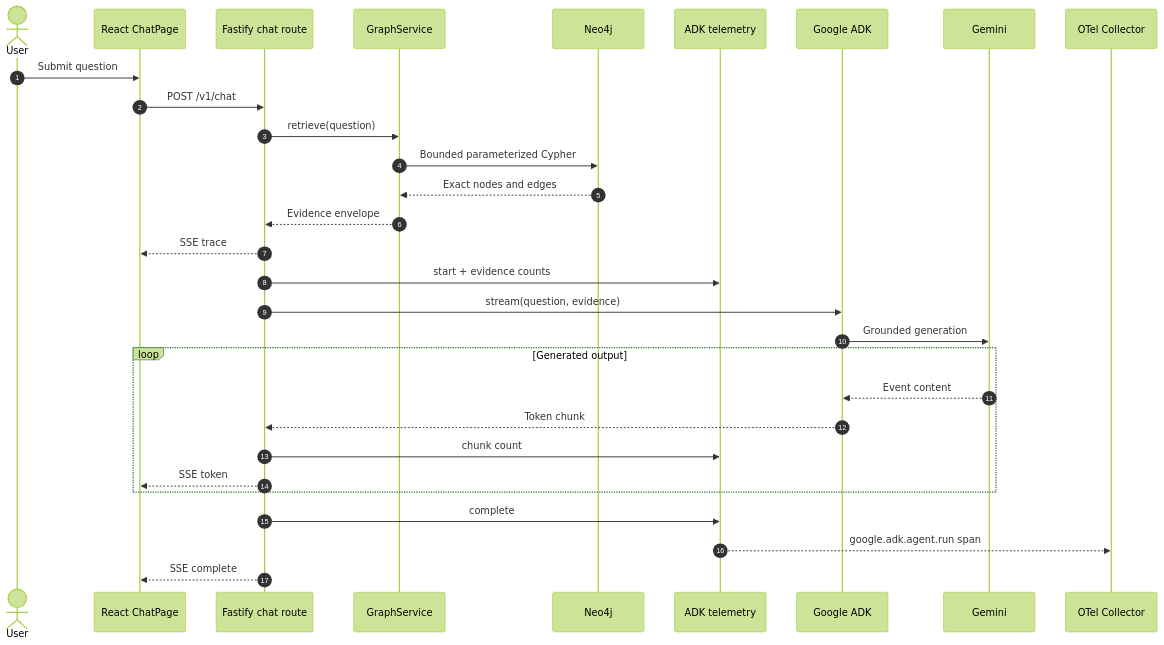
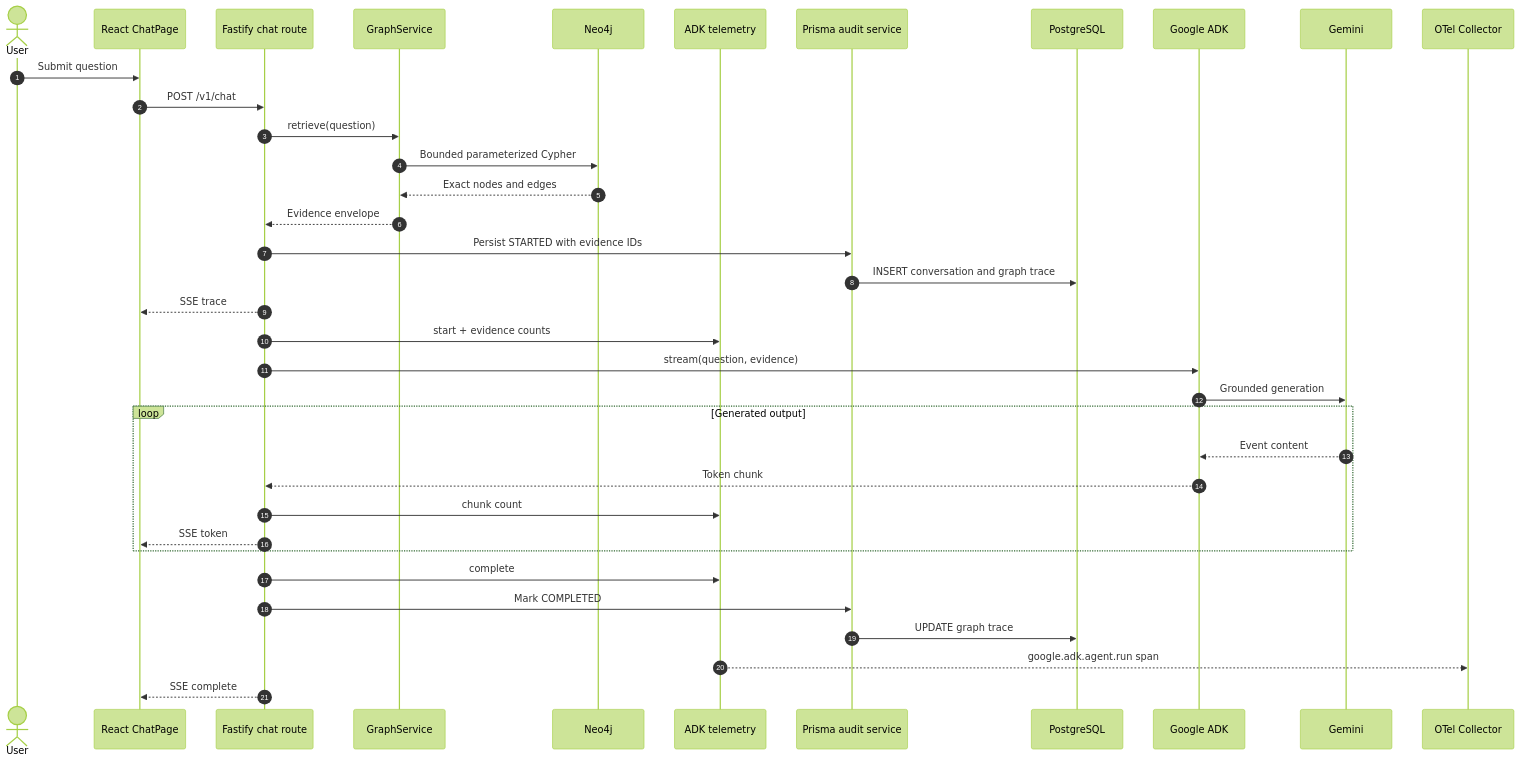
Before and after one commit to biswajitNanda223/may-the-knowledge-be-with-you: the first of 9 diagrams in docs/DIAGRAMS.md, drawn with Mermaid (forest theme). The commit also changed other lines of this file and 18 other files, not shown here.

First line of the commit message:
fix(audit): restore durable Prisma storage

````diff
--- a/docs/DIAGRAMS.md
+++ b/docs/DIAGRAMS.md
@@ -7,33 +7,39 @@
 ```mermaid
 sequenceDiagram
   autonumber
   actor User
   participant UI as React ChatPage
   participant API as Fastify chat route
   participant Graph as GraphService
   participant Neo4j
   participant Telemetry as ADK telemetry
+  participant Audit as Prisma audit service
+  participant PostgreSQL
   participant ADK as Google ADK
   participant Gemini
   participant OTel as OTel Collector
 
   User->>UI: Submit question
   UI->>API: POST /v1/chat
   API->>Graph: retrieve(question)
   Graph->>Neo4j: Bounded parameterized Cypher
   Neo4j-->>Graph: Exact nodes and edges
   Graph-->>API: Evidence envelope
+  API->>Audit: Persist STARTED with evidence IDs
+  Audit->>PostgreSQL: INSERT conversation and graph trace
   API-->>UI: SSE trace
   API->>Telemetry: start + evidence counts
   API->>ADK: stream(question, evidence)
   ADK->>Gemini: Grounded generation
   loop Generated output
     Gemini-->>ADK: Event content
     ADK-->>API: Token chunk
     API->>Telemetry: chunk count
     API-->>UI: SSE token
   end
   API->>Telemetry: complete
+  API->>Audit: Mark COMPLETED
+  Audit->>PostgreSQL: UPDATE graph trace
   Telemetry-->>OTel: google.adk.agent.run span
   API-->>UI: SSE complete
 ```
````
